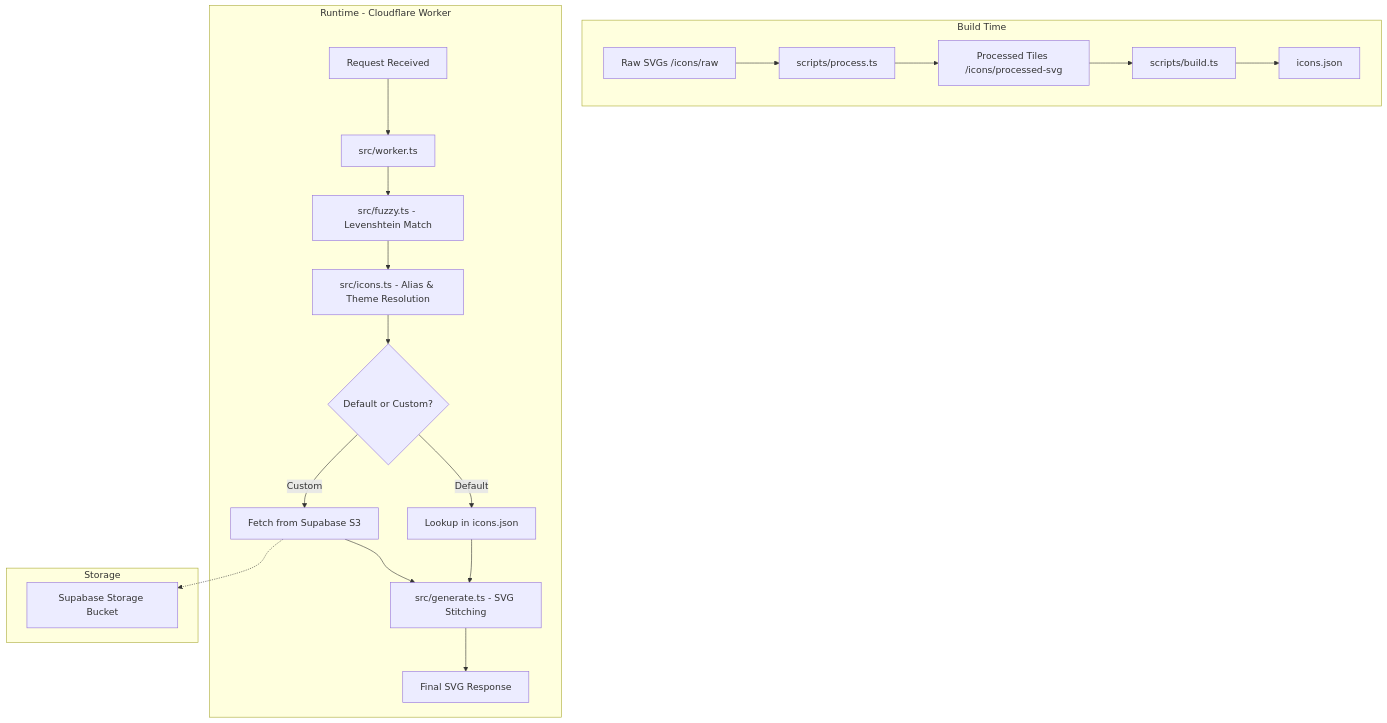
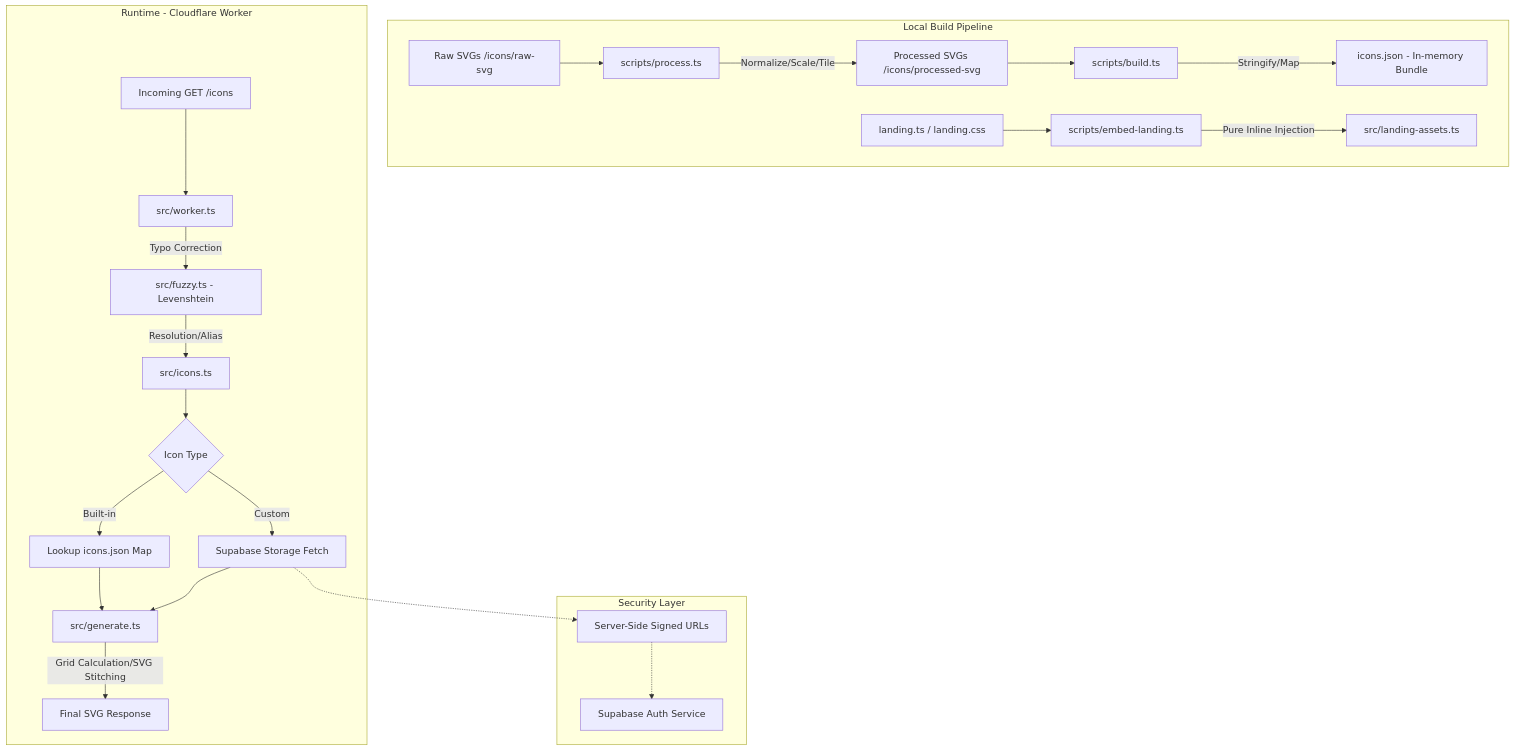
One commit to dexisback/ren0va changed the diagram in readme.md. Above: the diagram before and after it, drawn with Mermaid. The commit also changed other lines of this file, not shown here.

````diff
--- a/readme.md
+++ b/readme.md
@@ -57,25 +65,28 @@
 ```mermaid
 graph TD
-    subgraph Build Time
-        A[Raw SVGs /icons/raw] --> B[scripts/process.ts]
-        B --> C[Processed Tiles /icons/processed-svg]
-        C --> D[scripts/build.ts]
-        D --> E[icons.json]
+    subgraph Local Build Pipeline
+        R[Raw SVGs /icons/raw-svg] --> P[scripts/process.ts]
+        P -- Normalize/Scale/Tile --> PS[Processed SVGs /icons/processed-svg]
+        PS --> B[scripts/build.ts]
+        B -- Stringify/Map --> IJ[icons.json - In-memory Bundle]
+        A[landing.ts / landing.css] --> E[scripts/embed-landing.ts]
+        E -- Pure Inline Injection --> LA[src/landing-assets.ts]
     end
 
     subgraph Runtime - Cloudflare Worker
-        F[Request Received] --> G[src/worker.ts]
-        G --> H[src/fuzzy.ts - Levenshtein Match]
-        H --> I[src/icons.ts - Alias & Theme Resolution]
-        I --> J{Default or Custom?}
-        J -- Default --> K[Lookup in icons.json]
-        J -- Custom --> L[Fetch from Supabase S3]
-        K --> M[src/generate.ts - SVG Stitching]
-        L --> M
-        M --> N[Final SVG Response]
+        REQ[Incoming GET /icons] --> W[src/worker.ts]
+        W -- Typo Correction --> FS[src/fuzzy.ts - Levenshtein]
+        FS -- Resolution/Alias --> IT[src/icons.ts]
+        IT --> TYPE{Icon Type}
+        TYPE -- Built-in --> K[Lookup icons.json Map]
+        TYPE -- Custom --> S3[Supabase Storage Fetch]
+        K --> G[src/generate.ts]
+        S3 --> G
+        G -- Grid Calculation/SVG Stitching --> RES[Final SVG Response]
     end
 
-    subgraph Storage
-        L -.-> O[Supabase Storage Bucket]
+    subgraph Security Layer
+        S3 -.-> SEC[Server-Side Signed URLs]
+        SEC -.-> AUTH[Supabase Auth Service]
     end
 ```
````
